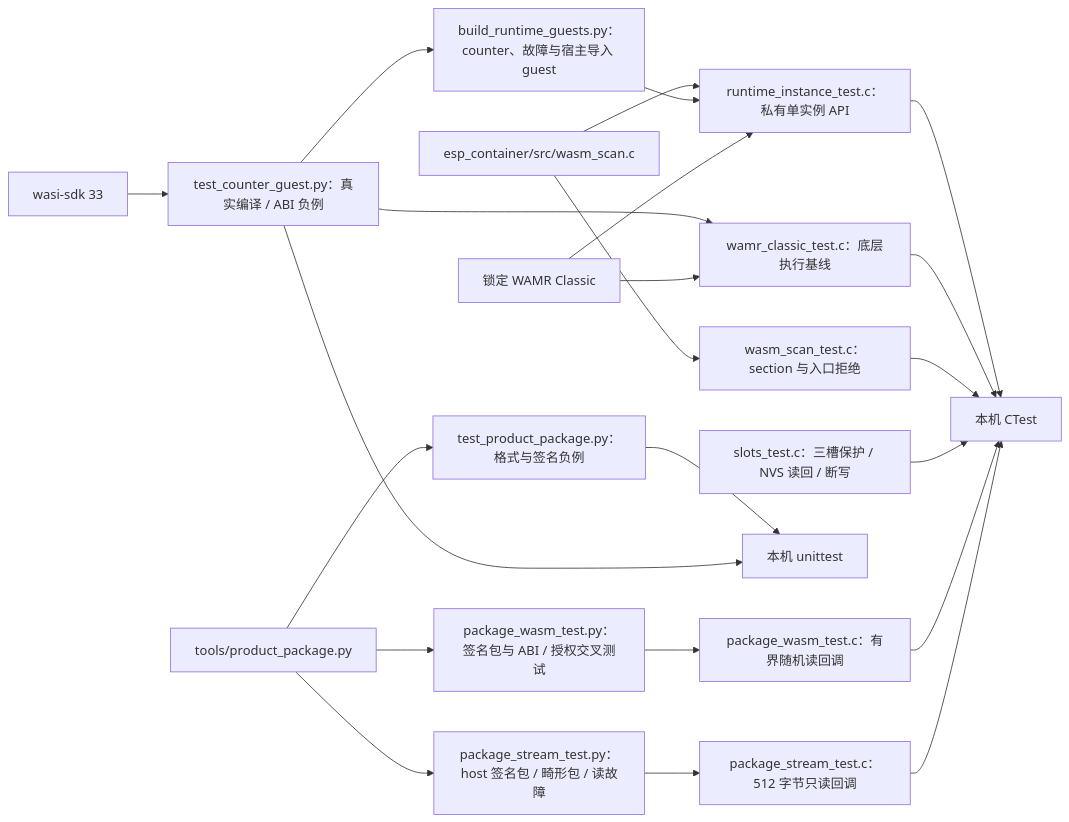
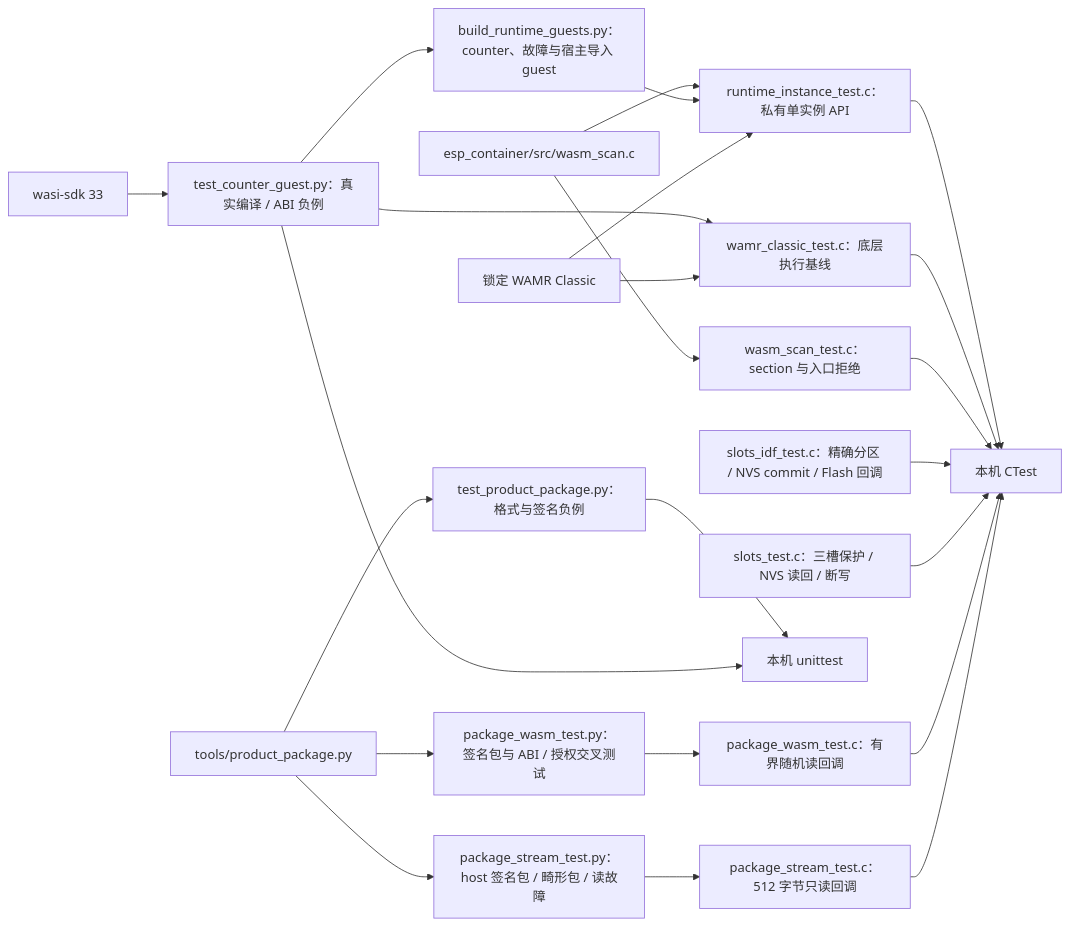
The diagram in tests/README.md (darren-you/esp-container), drawn with Mermaid before and after one commit. The commit also changed other lines of this file and 12 other files, not shown here.

````diff
--- a/tests/README.md
+++ b/tests/README.md
@@ -5,24 +5,25 @@
 ```mermaid
 flowchart LR
     package["tools/product_package.py"] --> py["test_product_package.py：格式与签名负例"]
     package --> stream["package_stream_test.py：host 签名包 / 畸形包 / 读故障"]
     stream --> reader["package_stream_test.c：512 字节只读回调"]
     package --> static["package_wasm_test.py：签名包与 ABI / 授权交叉测试"]
     static --> static_reader["package_wasm_test.c：有界随机读回调"]
     reader --> ctest
     static_reader --> ctest
     slots["slots_test.c：三槽保护 / NVS 读回 / 断写"] --> ctest
+    idf_slots["slots_idf_test.c：精确分区 / NVS commit / Flash 回调"] --> ctest
     scanner["esp_container/src/wasm_scan.c"] --> c["wasm_scan_test.c：section 与入口拒绝"]
     wasi["wasi-sdk 33"] --> guest["test_counter_guest.py：真实编译 / ABI 负例"]
     guest --> host
     wamr["锁定 WAMR Classic"] --> baseline["wamr_classic_test.c：底层执行基线"]
     guest --> baseline
     guest --> fixtures["build_runtime_guests.py：counter、故障与宿主导入 guest"]
     wamr --> instance["runtime_instance_test.c：私有单实例 API"]
     fixtures --> instance
     scanner --> instance
     py --> host["本机 unittest"]
     c --> ctest["本机 CTest"]
     baseline --> ctest
     instance --> ctest
 ```
````
